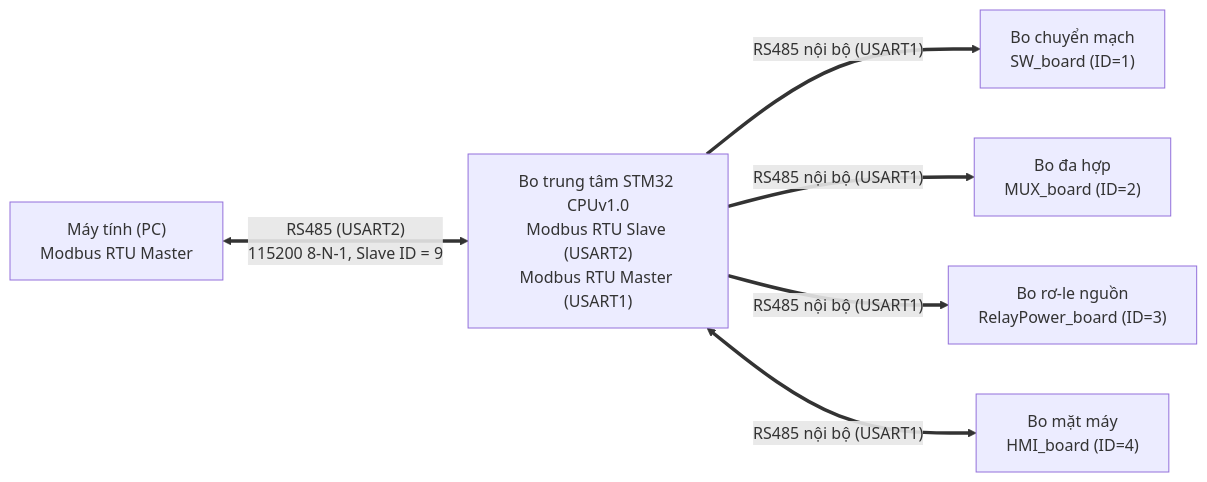
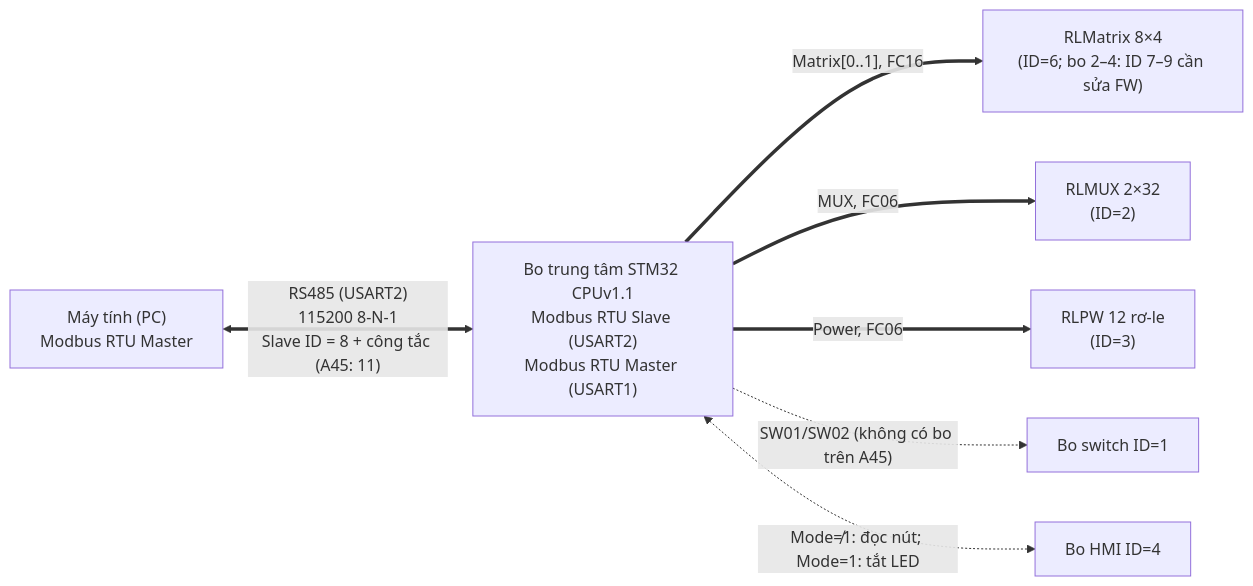
Before and after one commit to NguyenNgocAnh2610/2026_PyQt_A45: the first of 3 diagrams in docs/STM32_MODBUS_PC.md, drawn with Mermaid. The commit also changed other lines of this file and 26 other files, not shown here.

````diff
--- a/docs/STM32_MODBUS_PC.md
+++ b/docs/STM32_MODBUS_PC.md
@@ -25,8 +28,9 @@
 ```mermaid
 flowchart LR
-    PC["Máy tính (PC)<br/>Modbus RTU Master"] <==>|"RS485 (USART2)<br/>115200 8-N-1, Slave ID = 9"| STM32["Bo trung tâm STM32 CPUv1.0<br/>Modbus RTU Slave (USART2)<br/>Modbus RTU Master (USART1)"]
-    STM32 ==>|"RS485 nội bộ (USART1)"| SW["Bo chuyển mạch<br/>SW_board (ID=1)"]
-    STM32 ==>|"RS485 nội bộ (USART1)"| MUX["Bo đa hợp<br/>MUX_board (ID=2)"]
-    STM32 ==>|"RS485 nội bộ (USART1)"| PWR["Bo rơ-le nguồn<br/>RelayPower_board (ID=3)"]
-    STM32 <==>|"RS485 nội bộ (USART1)"| HMI["Bo mặt máy<br/>HMI_board (ID=4)"]
+    PC["Máy tính (PC)<br/>Modbus RTU Master"] <==>|"RS485 (USART2)<br/>115200 8-N-1<br/>Slave ID = 8 + công tắc (A45: 11)"| STM32["Bo trung tâm STM32 CPUv1.1<br/>Modbus RTU Slave (USART2)<br/>Modbus RTU Master (USART1)"]
+    STM32 ==>|"Matrix[0..1], FC16"| MTX["RLMatrix 8×4<br/>(ID=6; bo 2–4: ID 7–9 cần sửa FW)"]
+    STM32 ==>|"MUX, FC06"| MUX["RLMUX 2×32<br/>(ID=2)"]
+    STM32 ==>|"Power, FC06"| PWR["RLPW 12 rơ-le<br/>(ID=3)"]
+    STM32 -.->|"SW01/SW02 (không có bo trên A45)"| SW["Bo switch ID=1"]
+    STM32 <-.->|"Mode≠1: đọc nút; Mode=1: tắt LED"| HMI["Bo HMI ID=4"]
 ```
````
